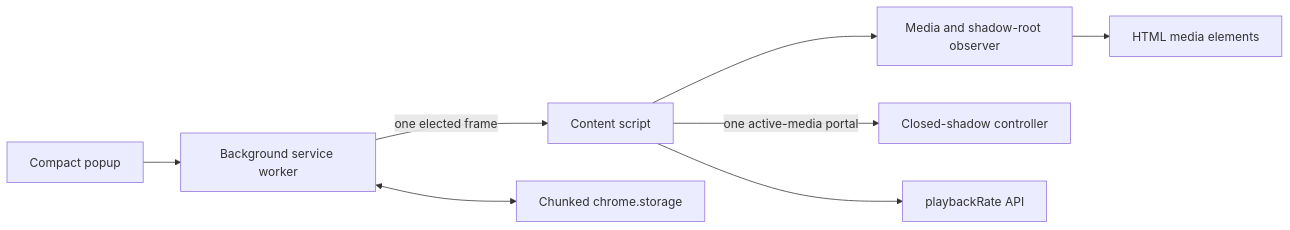
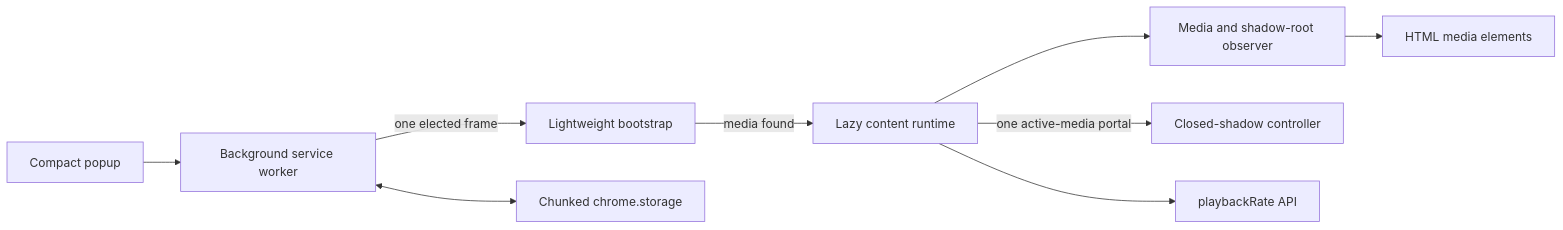
The diagram in README.md (ARJUNVARMA2000/Video-Speed-Controller-extension), drawn with Mermaid before and after one commit. The commit also changed other lines of this file and 14 other files, not shown here.

````diff
--- a/README.md
+++ b/README.md
@@ -31,10 +31,11 @@
 ```mermaid
 flowchart LR
     P[Compact popup] --> BG[Background service worker]
-    BG -->|one elected frame| CS[Content script]
+    BG -->|one elected frame| BS[Lightweight bootstrap]
+    BS -->|media found| CS[Lazy content runtime]
     CS --> MO[Media and shadow-root observer]
     MO --> M[HTML media elements]
     CS -->|one active-media portal| UI[Closed-shadow controller]
     CS --> PR[playbackRate API]
     BG <--> ST[Chunked chrome.storage]
 ```
````
